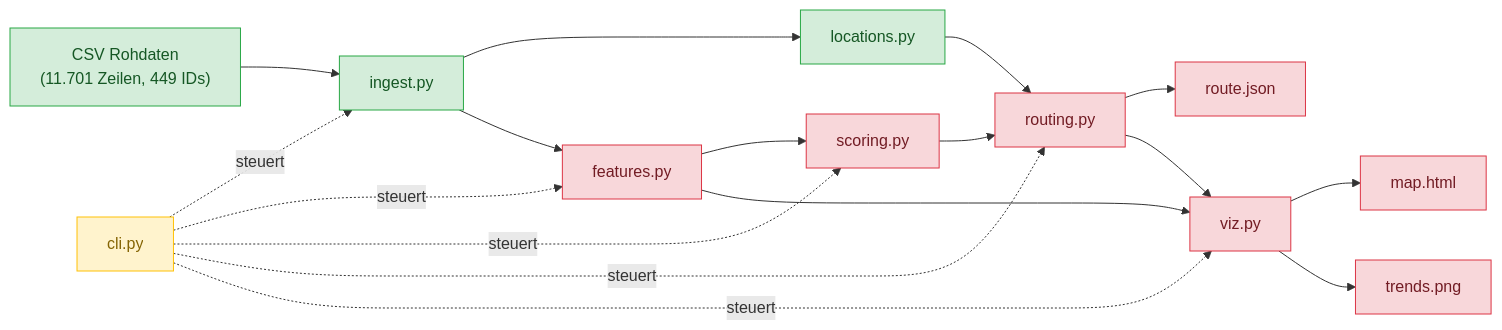
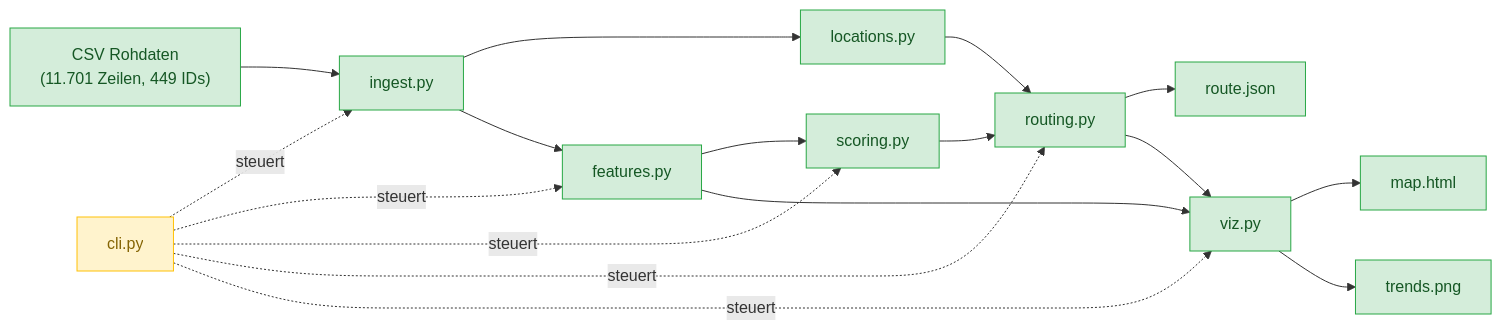
The first of 2 diagrams in docs/STATUS.md (smlfg/GlasRoute-PreZero-HHN-FUTURECITYHACKATHON2026), drawn with Mermaid before and after one commit. The commit also changed other lines of this file and 9 other files, not shown here.

````diff
--- a/docs/STATUS.md
+++ b/docs/STATUS.md
@@ -15,27 +17,25 @@
 ```mermaid
 flowchart LR
     CSV["CSV Rohdaten<br/>(11.701 Zeilen, 449 IDs)"] --> INGEST["ingest.py"]
     INGEST --> LOC["locations.py"]
     INGEST --> FEAT["features.py"]
     FEAT --> SCORE["scoring.py"]
     SCORE --> ROUTE["routing.py"]
     LOC --> ROUTE
     ROUTE --> OUT_JSON["route.json"]
     ROUTE --> VIZ["viz.py"]
     FEAT --> VIZ
     VIZ --> OUT_MAP["map.html"]
     VIZ --> OUT_TRENDS["trends.png"]
     CLI["cli.py"] -. steuert .-> INGEST
     CLI -. steuert .-> FEAT
     CLI -. steuert .-> SCORE
     CLI -. steuert .-> ROUTE
     CLI -. steuert .-> VIZ
 
     classDef done fill:#d4edda,stroke:#28a745,color:#155724;
     classDef partial fill:#fff3cd,stroke:#ffc107,color:#856404;
-    classDef missing fill:#f8d7da,stroke:#dc3545,color:#721c24;
 
-    class CSV,INGEST,LOC done;
+    class CSV,INGEST,LOC,FEAT,SCORE,ROUTE,VIZ,OUT_JSON,OUT_MAP,OUT_TRENDS done;
     class CLI partial;
-    class FEAT,SCORE,ROUTE,VIZ,OUT_JSON,OUT_MAP,OUT_TRENDS missing;
 ```
````
